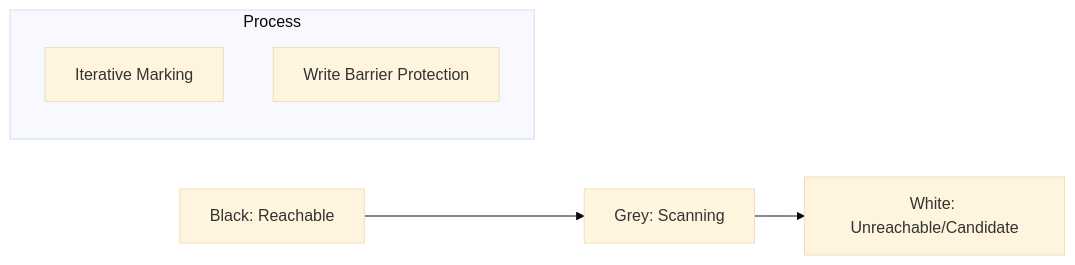
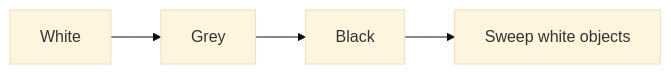
The diagram in RAK-06-compiler-runtime/SR-02-runtime-orchestration/BK-03-garbage-collection/CH-01_TriColorALgo/README.md (syahputrawork98-sketch/Golang-Knowledge-Base), drawn with Mermaid (base theme) before and after one commit. The commit also changed other lines of this file and 44 other files, not shown here.

````diff
--- a/RAK-06-compiler-runtime/SR-02-runtime-orchestration/BK-03-garbage-collection/CH-01_TriColorALgo/README.md
+++ b/RAK-06-compiler-runtime/SR-02-runtime-orchestration/BK-03-garbage-collection/CH-01_TriColorALgo/README.md
@@ -29,12 +25,6 @@
 ```mermaid
 graph LR
-
-    H[Black: Reachable] --> G[Grey: Scanning]
-    G --> W[White: Unreachable/Candidate]
-    
-    subgraph Process
-        direction TB
-        S1[Iterative Marking]
-        S2[Write Barrier Protection]
-    end
+    W[White] --> G[Grey]
+    G --> B[Black]
+    B --> S[Sweep white objects]
 ```
````
